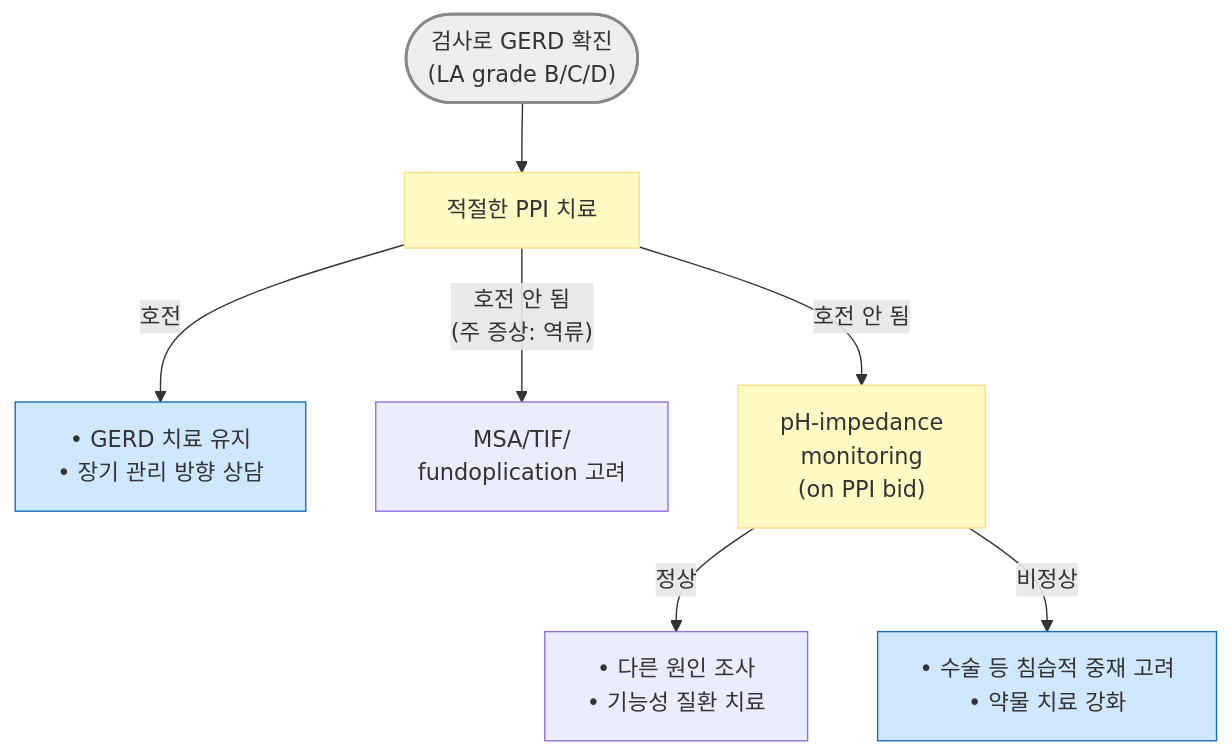
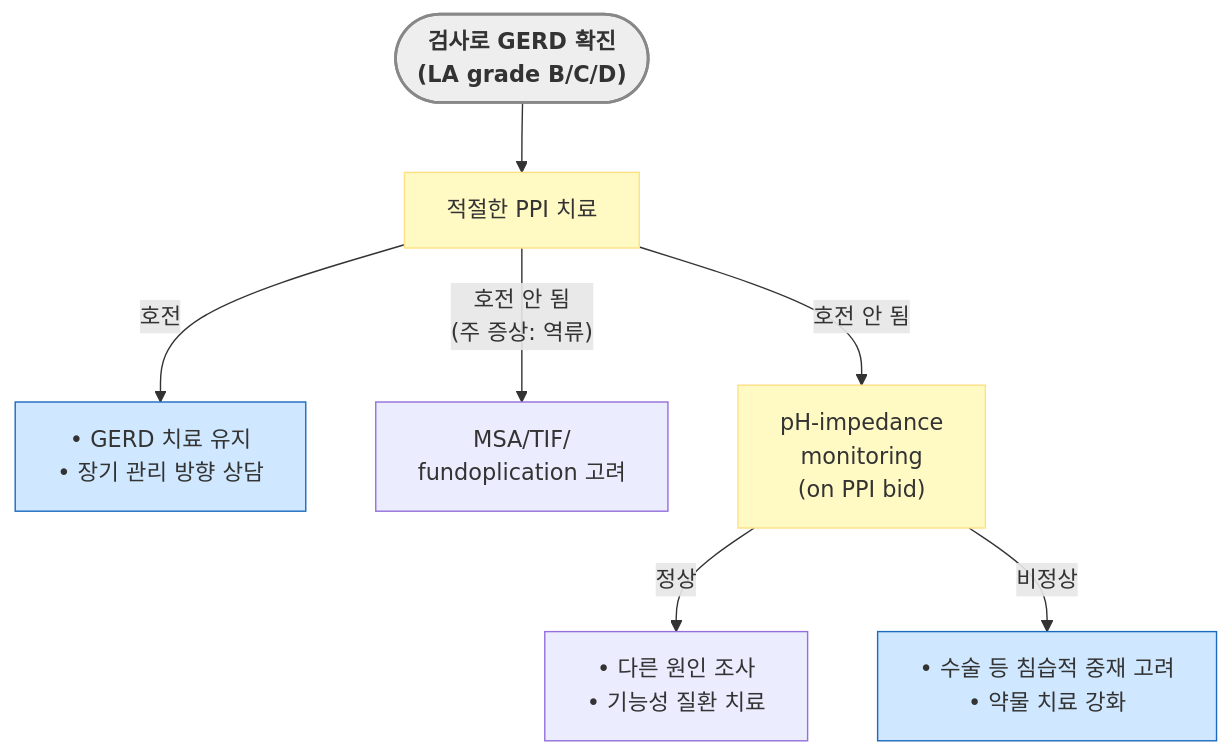
One commit to familyoh77/familyoh77 changed the fifth of 5 diagrams in 224_/081_-gerd.md. Above: the diagram before and after it, drawn with Mermaid. The commit also changed other lines of this file, not shown here.

````diff
--- a/224_/081_-gerd.md
+++ b/224_/081_-gerd.md
@@ -323,17 +323,17 @@
 ```mermaid
 graph TD
-    Start2(["검사로 GERD 확진 <br/>(LA grade B/C/D)"]) --> PPI2["적절한 PPI 치료"]
+    Start2(["<b>검사로 GERD 확진 <br/>(LA grade B/C/D)"</b>]) --> PPI2["적절한 PPI 치료"]
     PPI2 -- "호전" --> Success2["• GERD 치료 유지<br/>• 장기 관리 방향 상담"]
     PPI2 -- "호전 안 됨<br/>(주 증상: 역류)" --> Fail2["MSA/TIF/<br/>fundoplication 고려"]
     PPI2 -- "호전 안 됨" --> Impedance2["pH-impedance <br/>monitoring<br/>(on PPI bid)"]
 
     Impedance2 -- "정상" --> Other2["• 다른 원인 조사<br/>• 기능성 질환 치료"]
     Impedance2 -- "비정상" --> Surgery["• 수술 등 침습적 중재 고려<br/>• 약물 치료 강화"]
 
 
 style Start2 fill:#eeeeee,stroke:#888888,stroke-width:2px
 classDef yellow fill:#fff9c4,stroke:#ffe082
 class PPI2,Impedance2 yellow
 classDef blue fill:#d0e8ff,stroke:#1a6abf
 class Success2,Surgery blue
 ```
````
